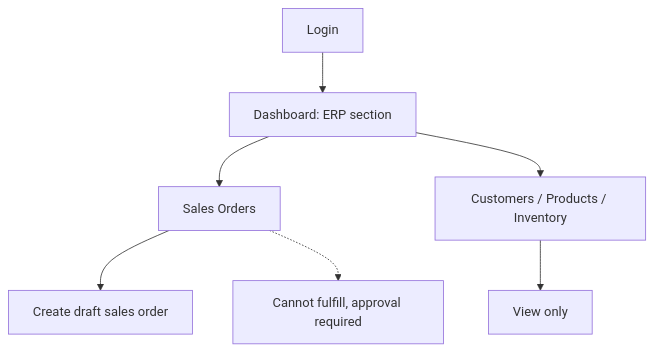
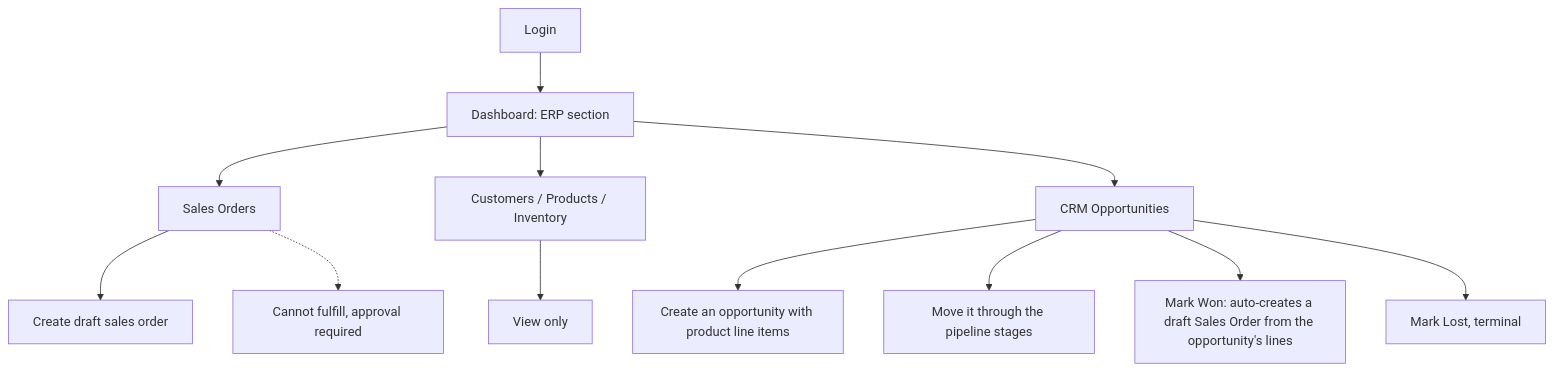
The eighth of 9 diagrams in docs/roles-and-permissions.md (NanaBanana14/management-enterprise), drawn with Mermaid before and after one commit. The commit also changed other lines of this file and 4 other files, not shown here.

````diff
--- a/docs/roles-and-permissions.md
+++ b/docs/roles-and-permissions.md
@@ -240,9 +262,14 @@
 ```mermaid
 flowchart TD
     A[Login] --> B[Dashboard: ERP section]
     B --> C[Sales Orders]
     C --> C1[Create draft sales order]
     C -.-> C2[Cannot fulfill, approval required]
     B --> D[Customers / Products / Inventory]
     D --> D1[View only]
+    B --> E[CRM Opportunities]
+    E --> E1[Create an opportunity with product line items]
+    E --> E2[Move it through the pipeline stages]
+    E --> E3["Mark Won: auto-creates a draft Sales Order from the opportunity's lines"]
+    E --> E4[Mark Lost, terminal]
 ```
````
